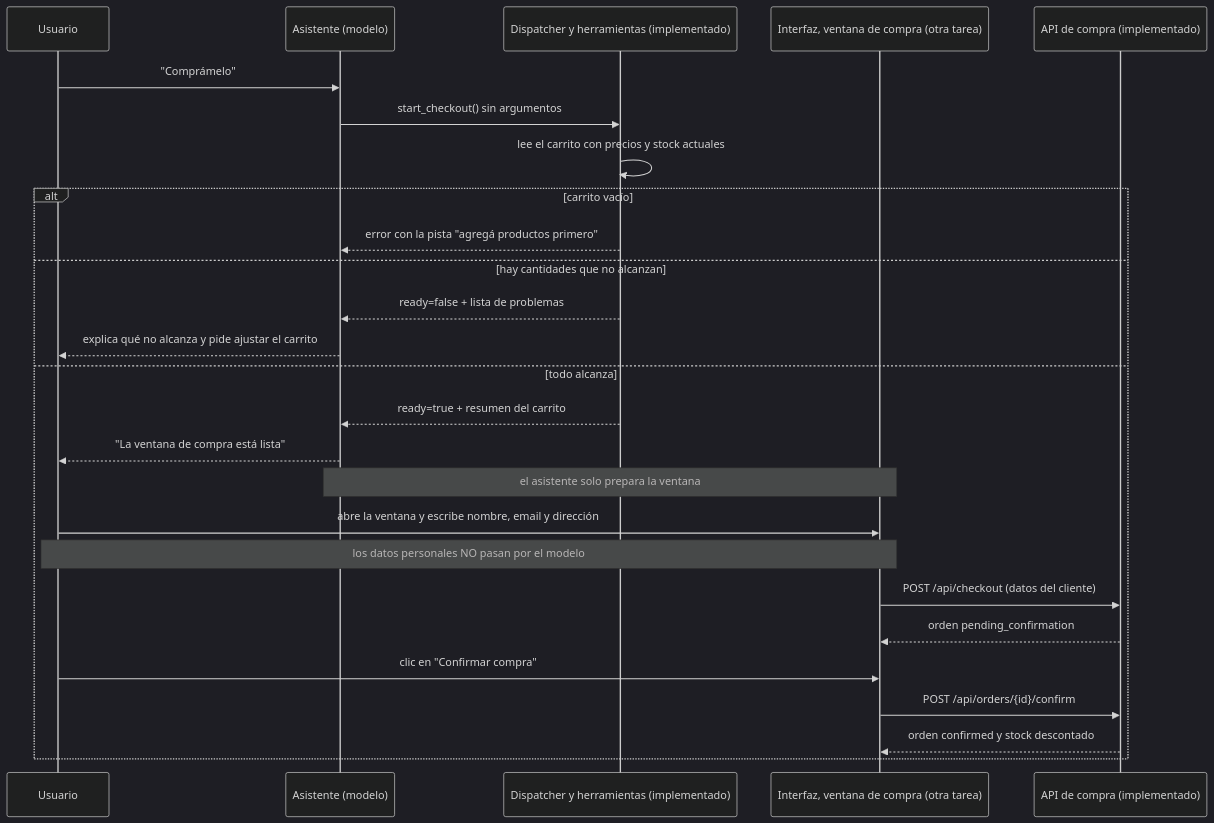
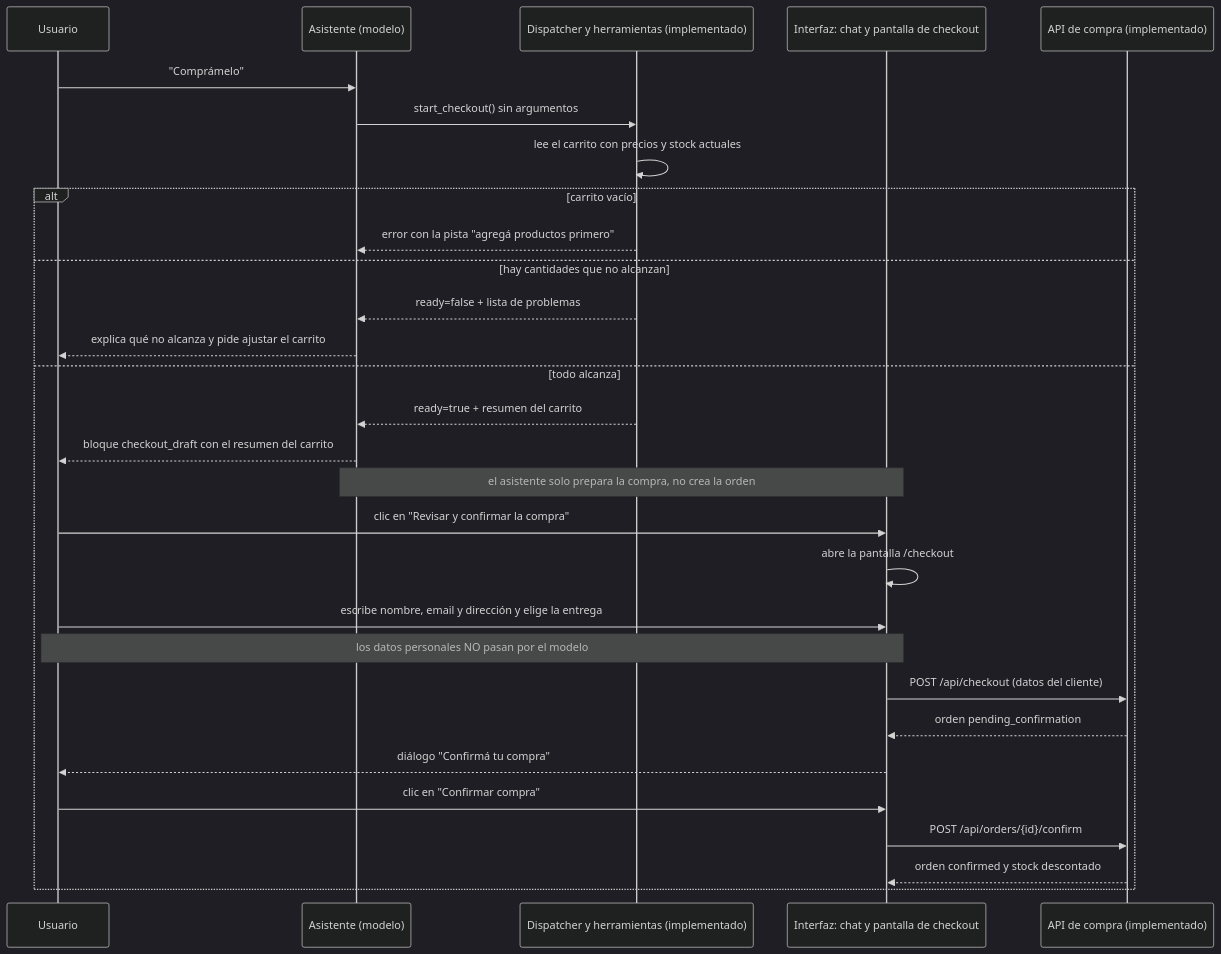
One commit to Saikus08/mercanova-ai-assistant changed the diagram in docs/diagrams/chat-checkout-flow.md. Above: the diagram before and after it, drawn with Mermaid (dark theme). The commit also changed other lines of this file and 1 other file, not shown here.

Commit message:
test(chat): cover the purchase flow from the chat draft to the confirmation (#26)

````diff
--- a/docs/diagrams/chat-checkout-flow.md
+++ b/docs/diagrams/chat-checkout-flow.md
@@ -7,29 +7,32 @@
 ```mermaid
 sequenceDiagram
     participant U as Usuario
     participant L as Asistente (modelo)
     participant D as Dispatcher y herramientas (implementado)
-    participant I as Interfaz, ventana de compra (otra tarea)
+    participant I as Interfaz: chat y pantalla de checkout
     participant B as API de compra (implementado)
 
     U->>L: "Comprámelo"
     L->>D: start_checkout() sin argumentos
     D->>D: lee el carrito con precios y stock actuales
     alt carrito vacío
         D-->>L: error con la pista "agregá productos primero"
     else hay cantidades que no alcanzan
         D-->>L: ready=false + lista de problemas
         L-->>U: explica qué no alcanza y pide ajustar el carrito
     else todo alcanza
         D-->>L: ready=true + resumen del carrito
-        L-->>U: "La ventana de compra está lista"
-        Note over L,I: el asistente solo prepara la ventana
-        U->>I: abre la ventana y escribe nombre, email y dirección
+        L-->>U: bloque checkout_draft con el resumen del carrito
+        Note over L,I: el asistente solo prepara la compra, no crea la orden
+        U->>I: clic en "Revisar y confirmar la compra"
+        I->>I: abre la pantalla /checkout
+        U->>I: escribe nombre, email y dirección y elige la entrega
         Note over U,I: los datos personales NO pasan por el modelo
         I->>B: POST /api/checkout (datos del cliente)
         B-->>I: orden pending_confirmation
+        I-->>U: diálogo "Confirmá tu compra"
         U->>I: clic en "Confirmar compra"
         I->>B: POST /api/orders/{id}/confirm
         B-->>I: orden confirmed y stock descontado
     end
 ```
````
